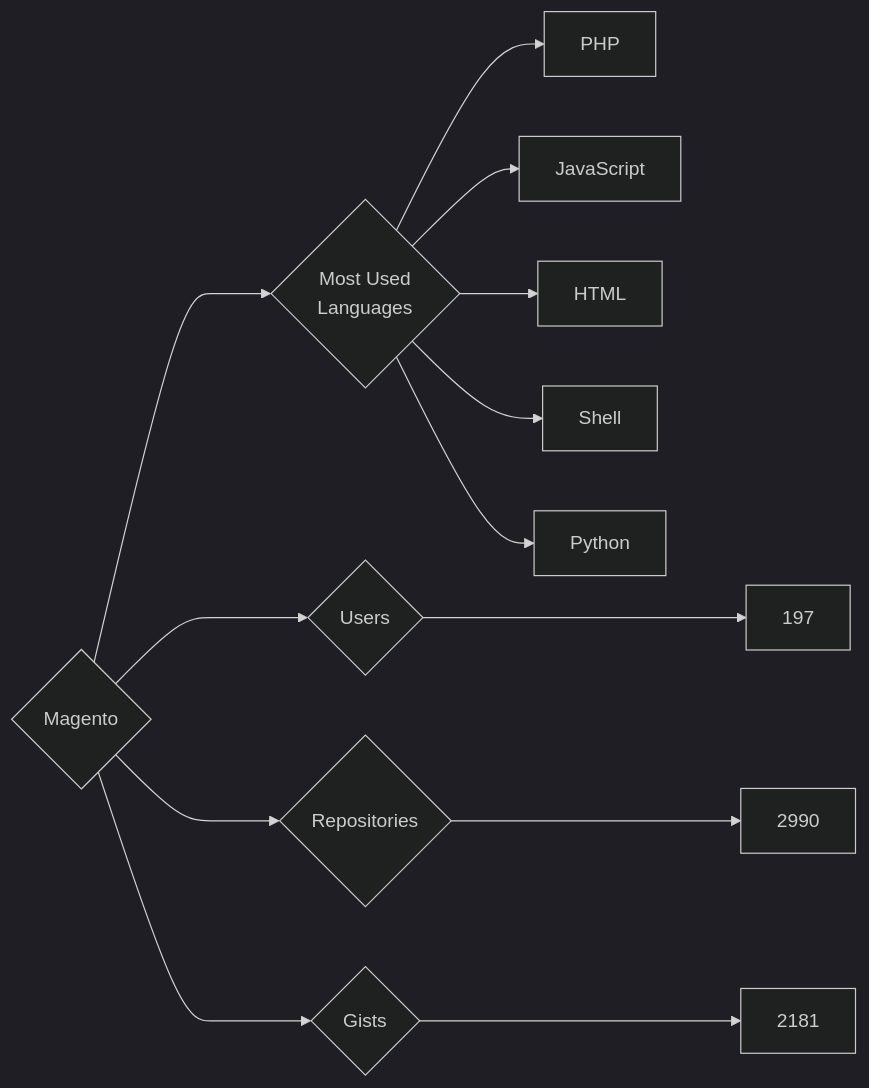
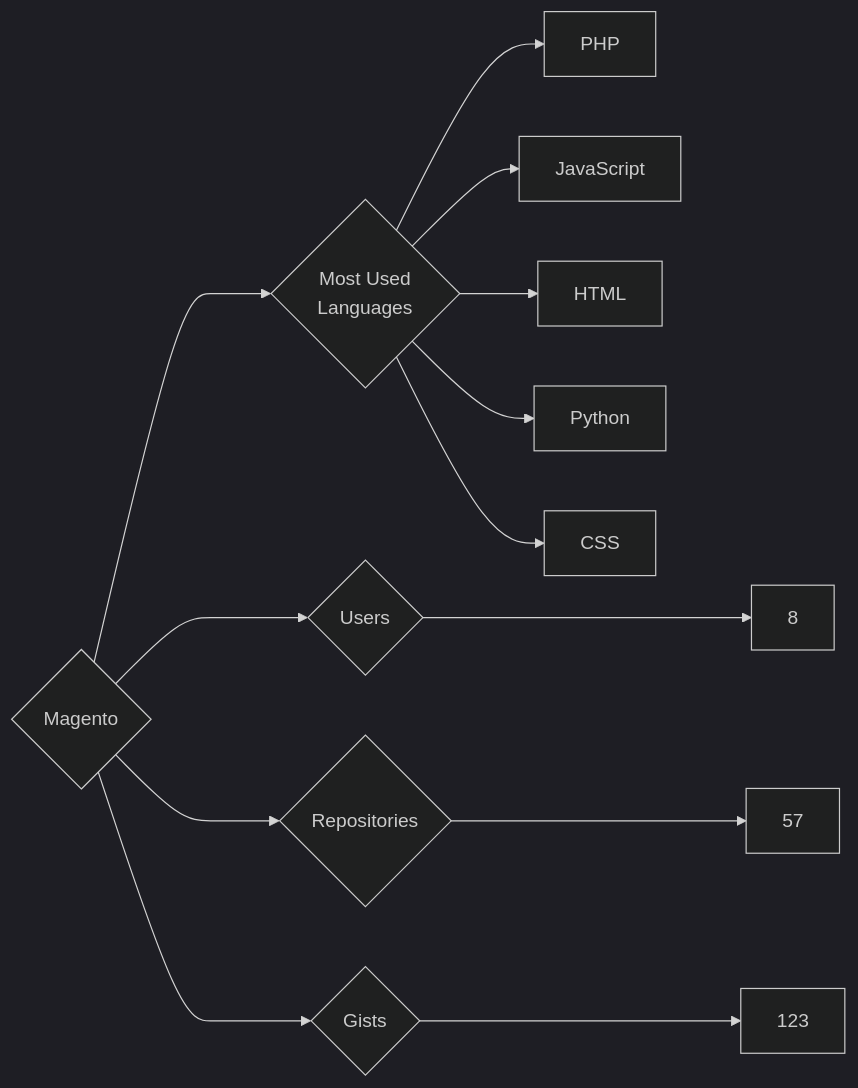
Before and after one commit to trickest/insiders: the diagram in targets/Magento/README.md, drawn with Mermaid (dark theme). The commit also changed 1496 other files, not shown here.

````diff
--- a/targets/Magento/README.md
+++ b/targets/Magento/README.md
@@ -3,13 +3,13 @@
 ```mermaid
 graph LR
 COMPANY_NAME{Magento}
-COMPANY_NAME ---> U{Users} ---> UN[197]
-COMPANY_NAME ---> R{Repositories} ---> RN[2990]
-COMPANY_NAME ---> G{Gists} ---> GN[2181]
+COMPANY_NAME ---> U{Users} ---> UN[8]
+COMPANY_NAME ---> R{Repositories} ---> RN[57]
+COMPANY_NAME ---> G{Gists} ---> GN[123]
 COMPANY_NAME ---> ML{Most Used<br>Languages}
 ML --> PHP[PHP]
 ML --> JavaScript[JavaScript]
 ML --> HTML[HTML]
-ML --> Shell[Shell]
 ML --> Python[Python]
+ML --> CSS[CSS]
 ```
````
